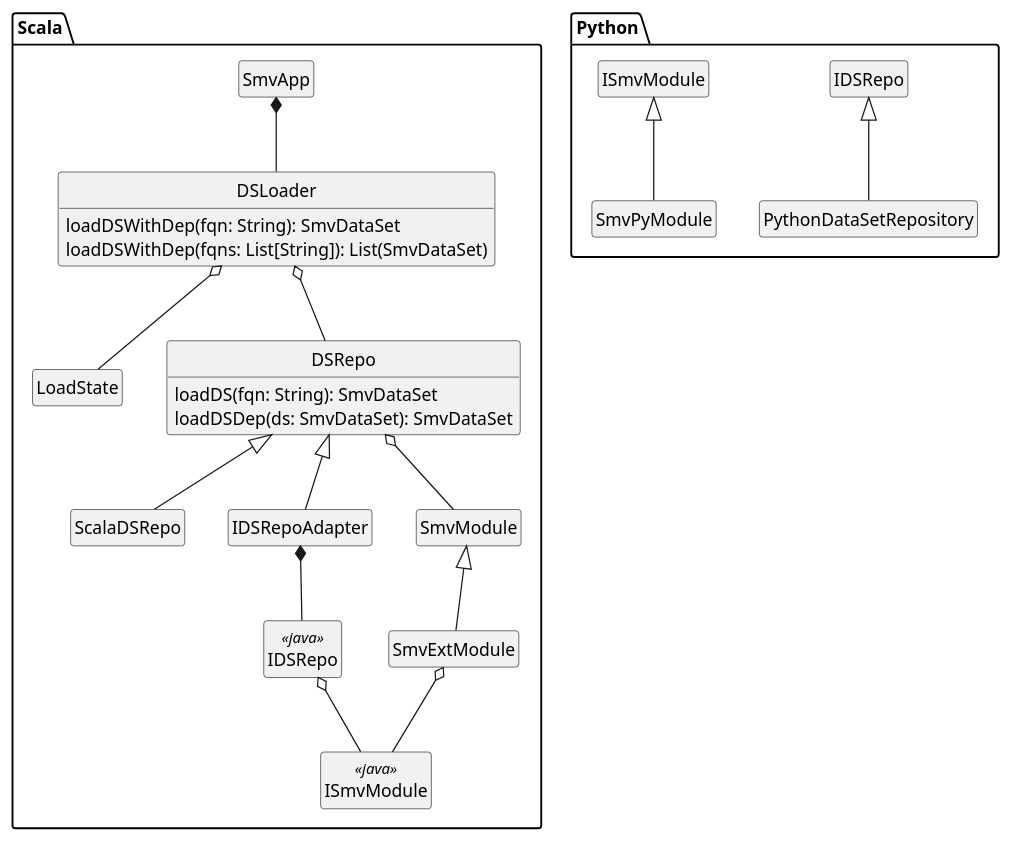
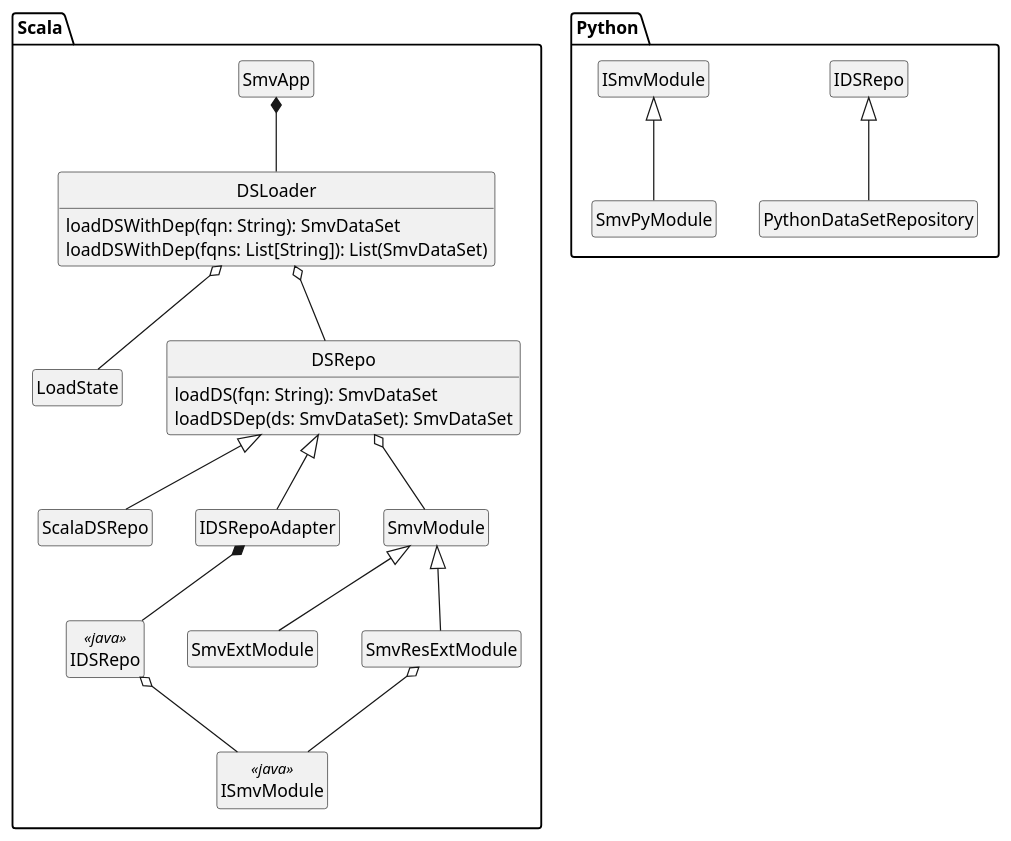
Before and after one commit to TresAmigosSD/SMV: the diagram in docs/design/DSLoader/DSLoader_class.puml, drawn with PlantUML.

Commit message:
differentiate SmvResExtModule from SmvExtModule in DSLoader class diagram

```diff
--- a/docs/design/DSLoader/DSLoader_class.puml
+++ b/docs/design/DSLoader/DSLoader_class.puml
@@ -1,39 +1,40 @@
 @startuml
 
 hide empty methods
 hide empty fields
 hide circle
 
 package Scala {
   class SmvApp
   class DSLoader {
     loadDSWithDep(fqn: String): SmvDataSet
     loadDSWithDep(fqns: List[String]): List(SmvDataSet)
   }
   class LoadState
   class DSRepo {
     loadDS(fqn: String): SmvDataSet
     loadDSDep(ds: SmvDataSet): SmvDataSet
   }
   class ScalaDSRepo extends DSRepo
   class IDSRepoAdapter extends DSRepo
   class IDSRepo <<java>>
   class SmvModule
   class SmvExtModule extends SmvModule
+  class SmvResExtModule extends SmvModule
   class ISmvModule <<java>>
 
   SmvApp *-- DSLoader
   DSLoader o-- LoadState
   DSLoader o-- DSRepo
   DSRepo o-- SmvModule
-  SmvExtModule o-- ISmvModule
+  SmvResExtModule o-- ISmvModule
   IDSRepoAdapter *-- IDSRepo
   IDSRepo o-- ISmvModule
 }
 
 package Python {
   class PythonDataSetRepository extends IDSRepo
   class SmvPyModule extends ISmvModule
 }
 
 @enduml
```
